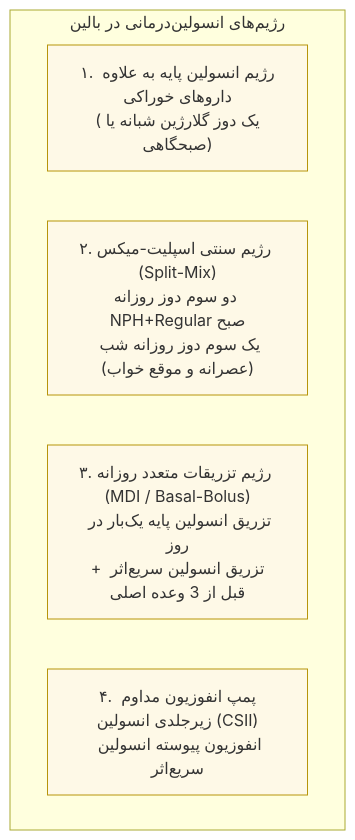
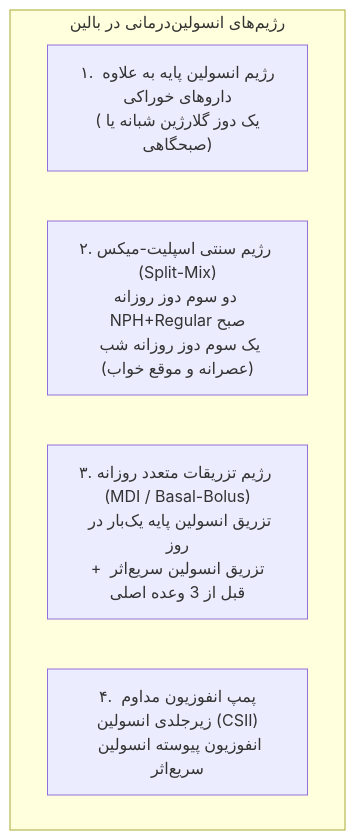
Diagram 13 of 15 in 7/مبانی غدد/دیابت.md (neopulse-hub/TUMS-1396-1-material-notes), drawn with Mermaid before and after one commit. The commit also changed other lines of this file, not shown here.

````diff
--- a/7/مبانی غدد/دیابت.md
+++ b/7/مبانی غدد/دیابت.md
@@ -654,11 +635,10 @@
 ```mermaid
 flowchart TD
     subgraph Regimens["رژیم‌های انسولین‌درمانی در بالین"]
         BasalPlus["۱. رژیم انسولین پایه به علاوه داروهای خوراکی<br>(یک دوز گلارژین شبانه یا صبحگاهی)"]
         SplitMix["۲. رژیم سنتی اسپلیت-میکس (Split-Mix)<br>دو سوم دوز روزانه NPH+Regular صبح<br>یک سوم دوز روزانه شب (عصرانه و موقع خواب)"]
         MDI["۳. رژیم تزریقات متعدد روزانه (MDI / Basal-Bolus)<br>تزریق انسولین پایه یک‌بار در روز<br>+ تزریق انسولین سریع‌اثر قبل از 3 وعده اصلی"]
         CSII["۴. پمپ انفوزیون مداوم زیرجلدی انسولین (CSII)<br>انفوزیون پیوسته انسولین سریع‌اثر"]
     end
-    classDef reg fill:#fef9e7,stroke:#b7950b,stroke-width:1px;
-    class BasalPlus,SplitMix,MDI,CSII reg;
+
 ```
````
